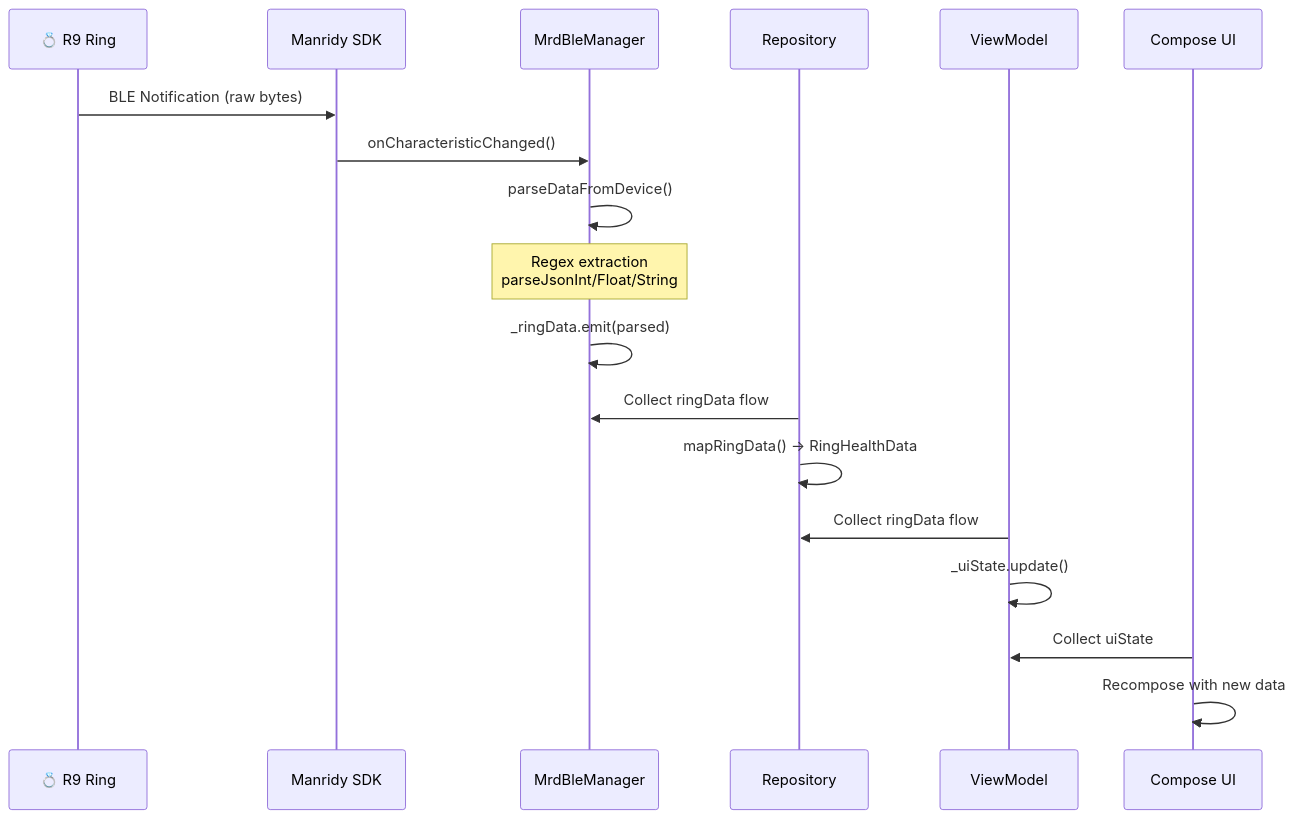
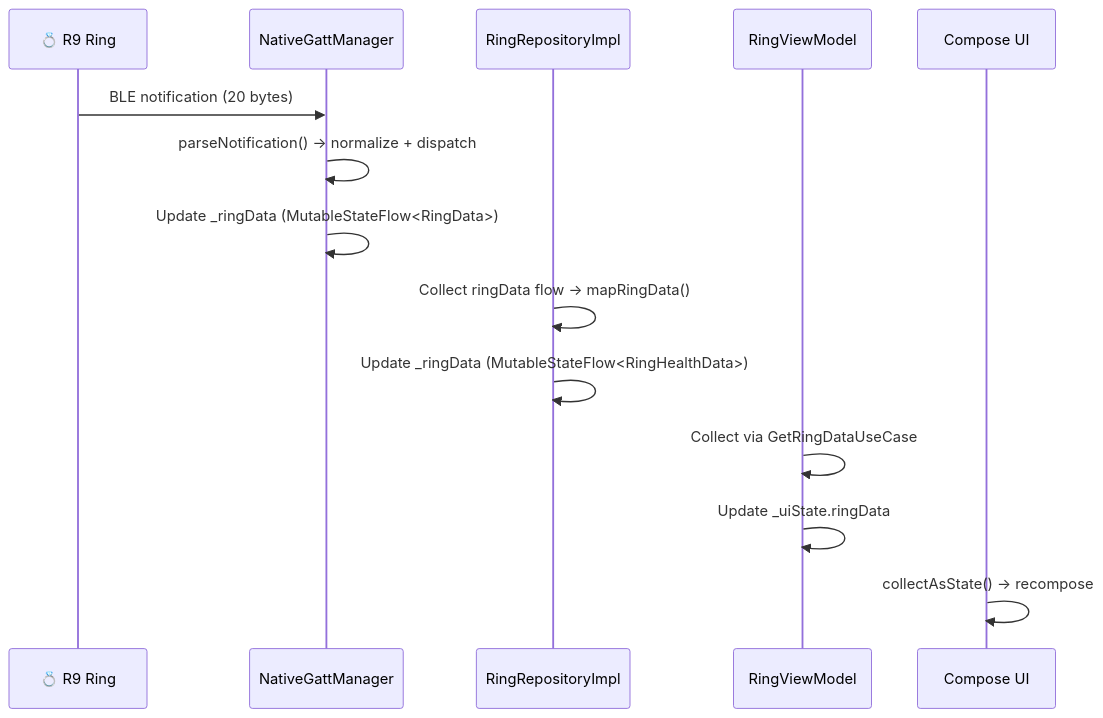
One commit to soumya07ad/ble-ring-app changed the second of 3 diagrams in README.md. Above: the diagram before and after it, drawn with Mermaid. The commit also changed other lines of this file, not shown here.

Commit message:
Add comprehensive README with reverse engineering docs and BLE protocol reference

````diff
--- a/README.md
+++ b/README.md
@@ -116,21 +130,17 @@
 ```mermaid
 sequenceDiagram
     participant Ring as 💍 R9 Ring
-    participant SDK as Manridy SDK
-    participant BLE as MrdBleManager
-    participant Repo as Repository
-    participant VM as ViewModel
+    participant GM as NativeGattManager
+    participant Repo as RingRepositoryImpl
+    participant VM as RingViewModel
     participant UI as Compose UI
 
-    Ring->>SDK: BLE Notification (raw bytes)
-    SDK->>BLE: onCharacteristicChanged()
-    BLE->>BLE: parseDataFromDevice()
-    Note over BLE: Regex extraction<br/>parseJsonInt/Float/String
-    BLE->>BLE: _ringData.emit(parsed)
-    Repo->>BLE: Collect ringData flow
-    Repo->>Repo: mapRingData() → RingHealthData
-    VM->>Repo: Collect ringData flow
-    VM->>VM: _uiState.update()
-    UI->>VM: Collect uiState
-    UI->>UI: Recompose with new data
+    Ring->>GM: BLE notification (20 bytes)
+    GM->>GM: parseNotification() → normalize + dispatch
+    GM->>GM: Update _ringData (MutableStateFlow<RingData>)
+    Repo->>Repo: Collect ringData flow → mapRingData()
+    Repo->>Repo: Update _ringData (MutableStateFlow<RingHealthData>)
+    VM->>VM: Collect via GetRingDataUseCase
+    VM->>VM: Update _uiState.ringData
+    UI->>UI: collectAsState() → recompose
 ```
````
